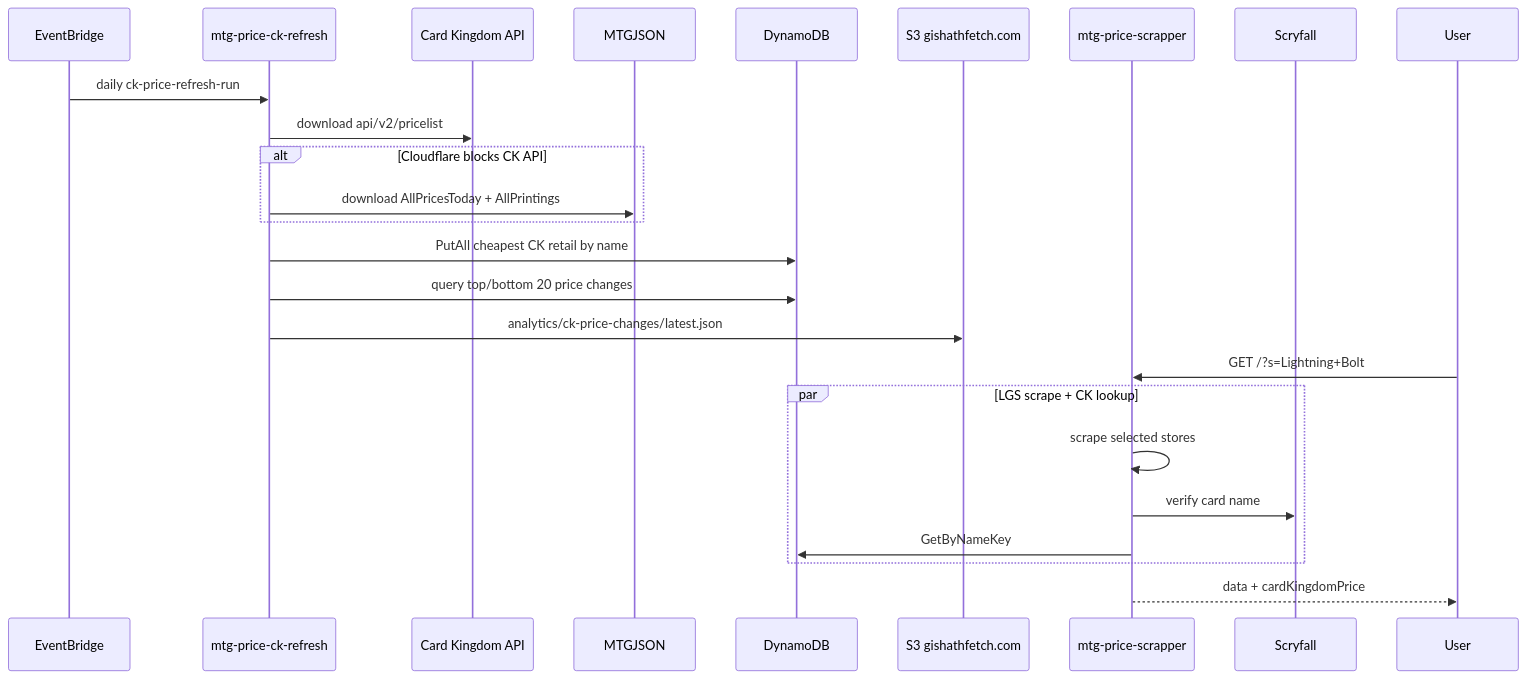
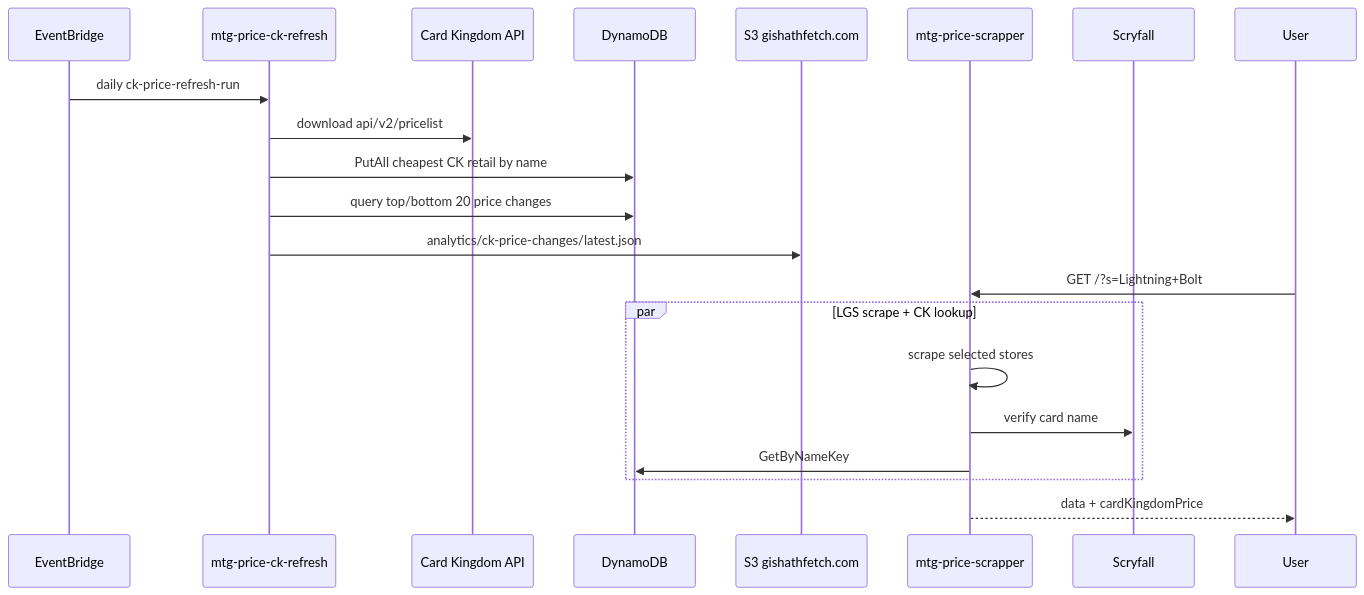
The third of 4 diagrams in README.md (xenodus/gishathfetch), drawn with Mermaid before and after one commit. The commit also changed other lines of this file and 9 other files, not shown here.

````diff
--- a/README.md
+++ b/README.md
@@ -153,28 +152,24 @@
 ```mermaid
 sequenceDiagram
     participant EB as EventBridge
     participant R as mtg-price-ck-refresh
     participant CK as Card Kingdom API
-    participant M as MTGJSON
     participant D as DynamoDB
     participant S3 as S3 gishathfetch.com
     participant S as mtg-price-scrapper
     participant SF as Scryfall
     participant U as User
 
     EB->>R: daily ck-price-refresh-run
     R->>CK: download api/v2/pricelist
-    alt Cloudflare blocks CK API
-        R->>M: download AllPricesToday + AllPrintings
-    end
     R->>D: PutAll cheapest CK retail by name
     R->>D: query top/bottom 20 price changes
     R->>S3: analytics/ck-price-changes/latest.json
     U->>S: GET /?s=Lightning+Bolt
     par LGS scrape + CK lookup
         S->>S: scrape selected stores
         S->>SF: verify card name
         S->>D: GetByNameKey
     end
     S-->>U: data + cardKingdomPrice
 ```
````
